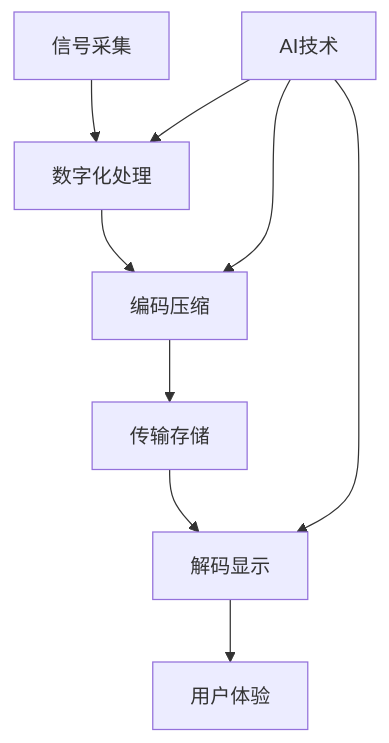
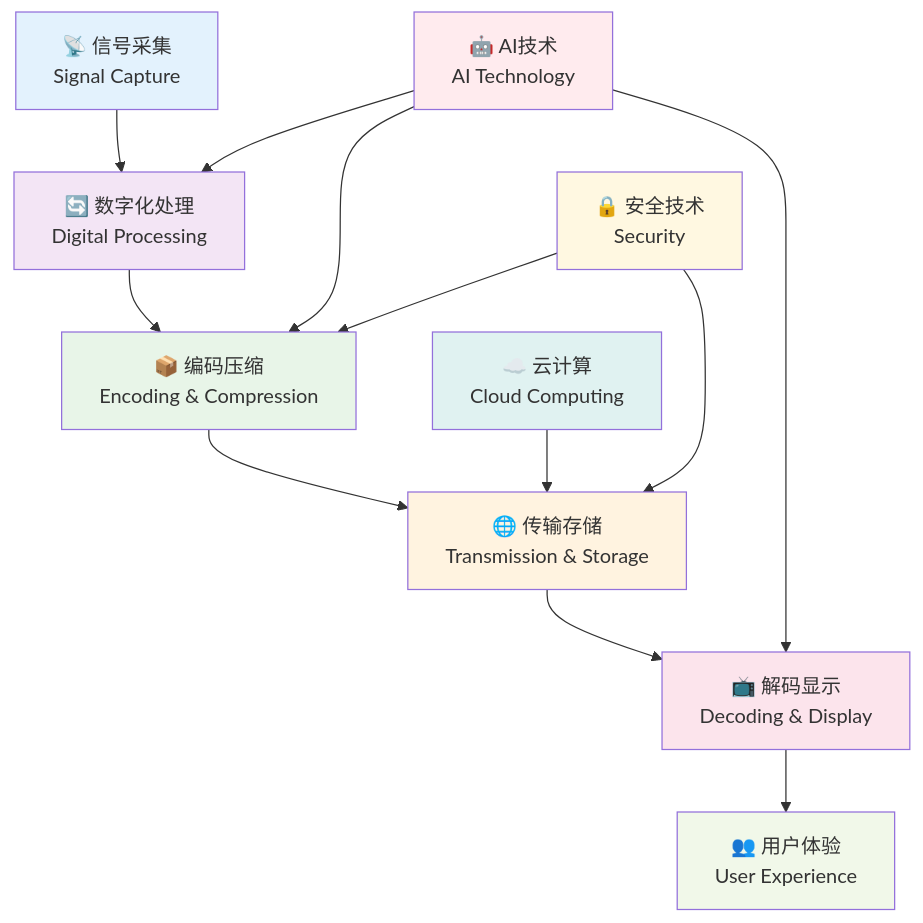
Before and after one commit to tonyshen2003/docs-debug: the diagram in docs/guide/digital-media-tech/index.md, drawn with Mermaid. The commit also changed other lines of this file and 2 other files, not shown here.

````diff
--- a/docs/guide/digital-media-tech/index.md
+++ b/docs/guide/digital-media-tech/index.md
@@ -9,12 +17,26 @@
 ```mermaid
 graph TD
-    A[信号采集] --> B[数字化处理]
-    B --> C[编码压缩]
-    C --> D[传输存储]
-    D --> E[解码显示]
-    E --> F[用户体验]
+    A[📡 信号采集<br/>Signal Capture] --> B[🔄 数字化处理<br/>Digital Processing]
+    B --> C[📦 编码压缩<br/>Encoding & Compression]
+    C --> D[🌐 传输存储<br/>Transmission & Storage]
+    D --> E[📺 解码显示<br/>Decoding & Display]
+    E --> F[👥 用户体验<br/>User Experience]
     
-    G[AI技术] --> B
+    G[🤖 AI技术<br/>AI Technology] --> B
     G --> C
     G --> E
+    
+    H[☁️ 云计算<br/>Cloud Computing] --> D
+    I[🔒 安全技术<br/>Security] --> C
+    I --> D
+    
+    style A fill:#e3f2fd
+    style B fill:#f3e5f5
+    style C fill:#e8f5e8
+    style D fill:#fff3e0
+    style E fill:#fce4ec
+    style F fill:#f1f8e9
+    style G fill:#ffebee
+    style H fill:#e0f2f1
+    style I fill:#fff8e1
 ```
````
